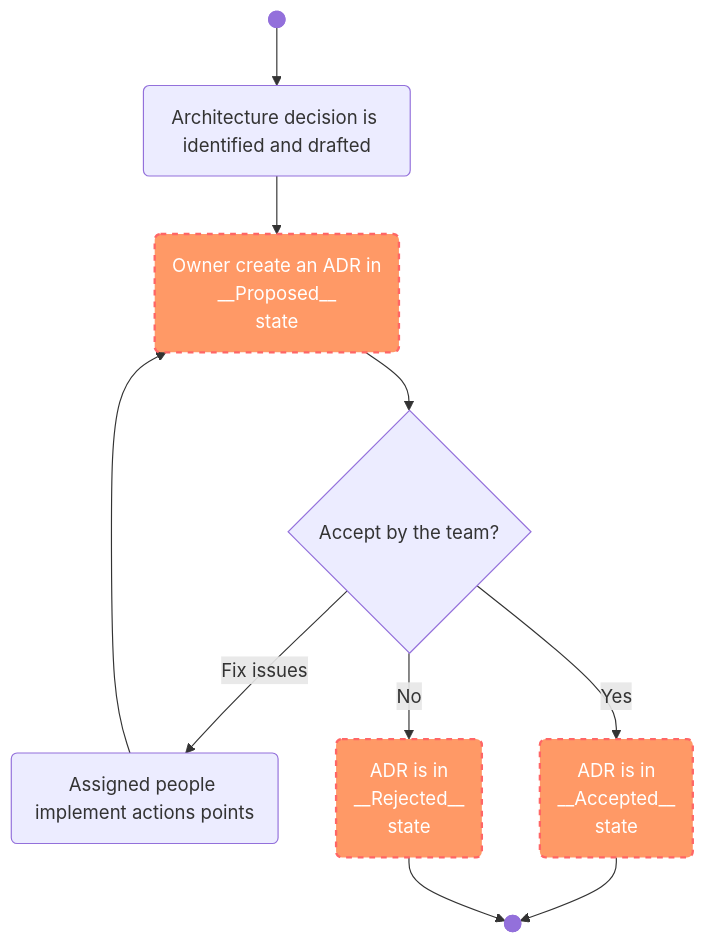
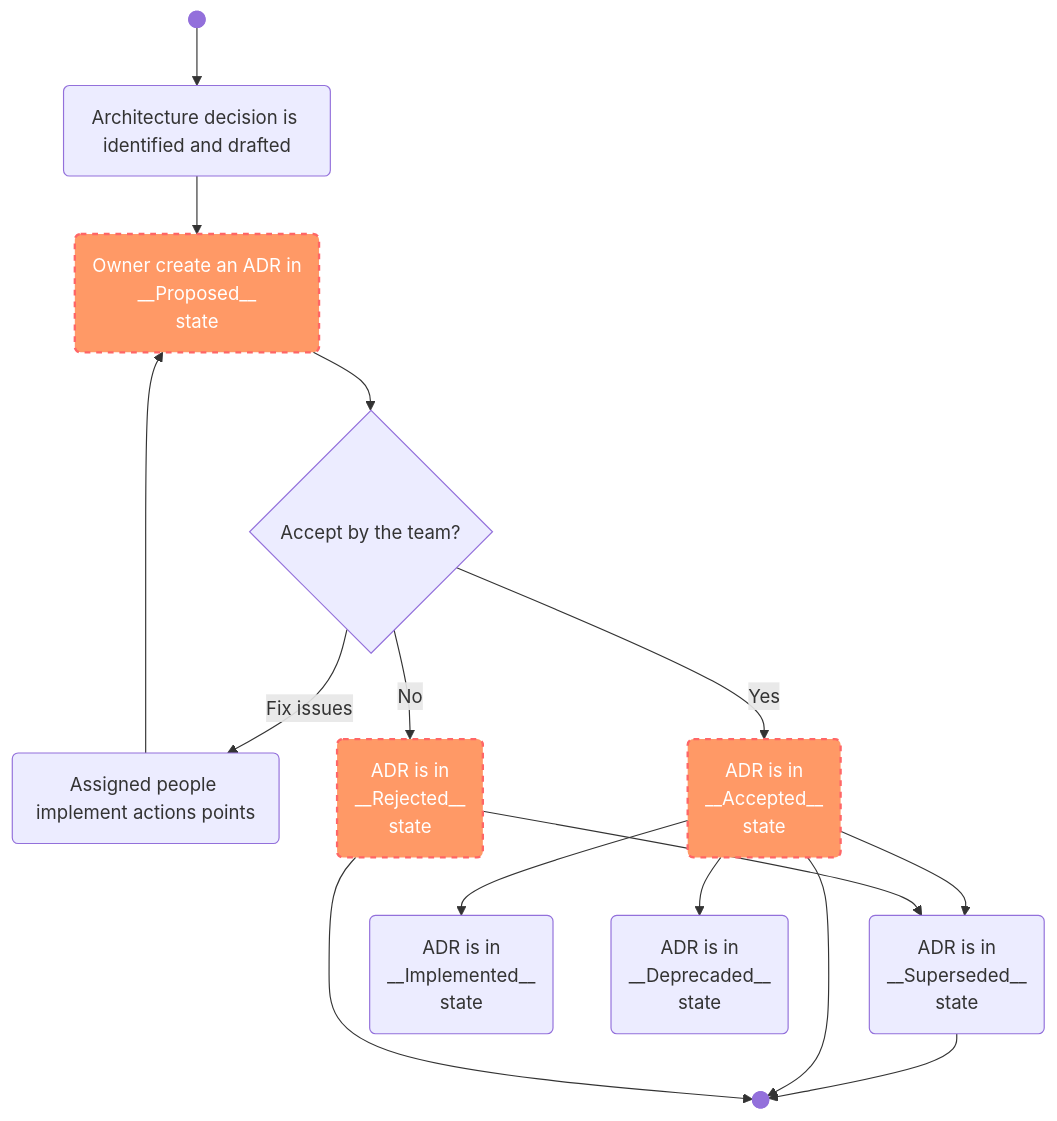
One commit to rossbachp/DeciCollab changed the third of 4 diagrams in presentations/introduction/adr-introduction.md. Above: the diagram before and after it, drawn with Mermaid. The commit also changed other lines of this file and 3 other files, not shown here.

Commit message:
Add: Status Flow to presentation, sample adrs

````diff
--- a/presentations/introduction/adr-introduction.md
+++ b/presentations/introduction/adr-introduction.md
@@ -75,17 +95,21 @@
 ```mermaid +render
 flowchart TD
 
 A1@{ shape: f-circ, label: "Start" } --> A2(Architecture decision is identified and drafted)
 A2 --> A3(Owner create an ADR in<br/>__Proposed__<br/>state)
 A4(Assigned people implement actions points) --> A3
 A3 --> A5{Accept by the team?}
 A5 -- Fix issues --> A4
 A5 -- Yes -->A6(ADR is in<br/>__Accepted__<br/>state)
 A5 -- No -->A7(ADR is in <br/>__Rejected__<br/>state)
-
+A6 -->A10(ADR is in<br/>__Superseded__<br/>state)
+A7 --> A10
+A10 --> A8
+A6 --> A11(ADR is in <br/>__Implemented__<br/>state)
+A6 --> A12(ADR is in <br/>__Deprecaded__<br/>state)
 A6 --> A8@{ shape: f-circ, label: "END" }
 A7 --> A8
 
 classDef state fill:#f96,stroke:#f66,stroke-width:2px,color:#fff,stroke-dasharray: 5 5
 class A3,A6,A7 state;
 ```
````
